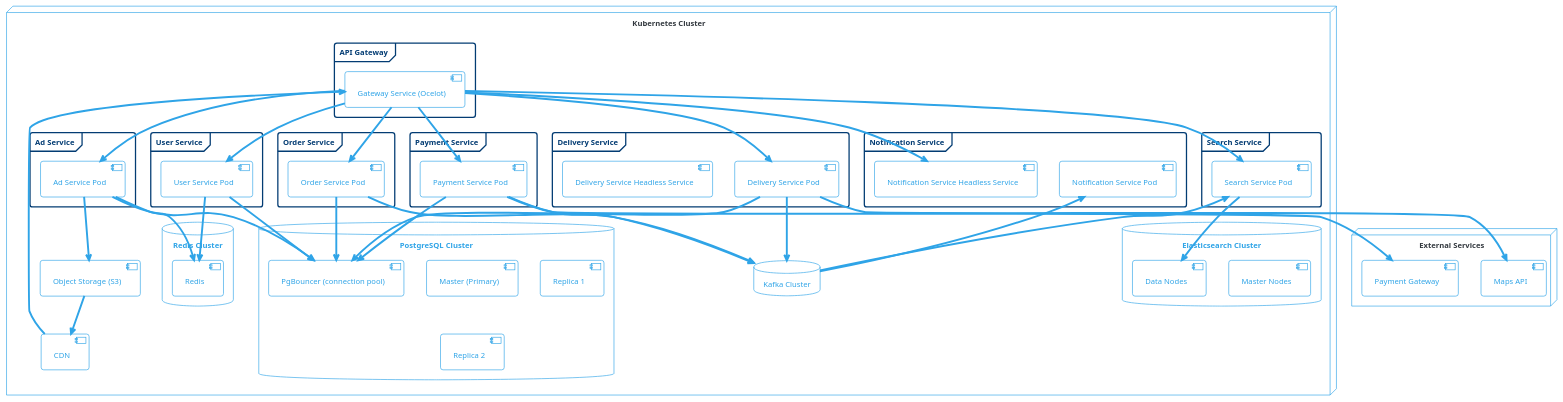
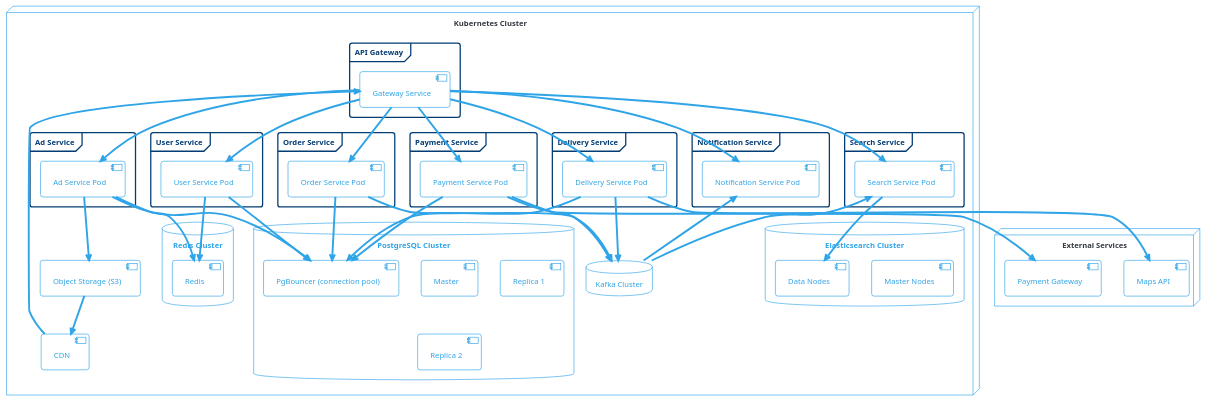
One commit to artstesh/Otus.SystemDesign changed the diagram in Schemes/kuber.puml. Above: the diagram before and after it, drawn with PlantUML.

Commit message:
Refine Kubernetes UML diagram: simplify service naming and adjust component connections

```diff
--- a/Schemes/kuber.puml
+++ b/Schemes/kuber.puml
@@ -1,100 +1,98 @@
 @startuml
 !theme cerulean-outline
 <style>
   document {
     BackGroundColor #fff
   }
 </style>
 node "Kubernetes Cluster" {
   frame "API Gateway" {
-    component "Gateway Service (Ocelot)" as gateway
+    component "Gateway Service" as gateway
   }
 
   frame "User Service" {
     component "User Service Pod" as user_pod
   }
 
   frame "Ad Service" {
     component "Ad Service Pod" as ad_pod
   }
 
   frame "Order Service" {
     component "Order Service Pod" as order_pod
   }
 
   frame "Payment Service" {
     component "Payment Service Pod" as payment_pod
   }
 
   frame "Delivery Service" {
     component "Delivery Service Pod" as delivery_pod
-    component "Delivery Service Headless Service" as delivery_svc
   }
 
   frame "Notification Service" {
     component "Notification Service Pod" as notif_pod
-    component "Notification Service Headless Service" as notif_svc
   }
 
   frame "Search Service" {
     component "Search Service Pod" as search_pod
   }
 
   database "PostgreSQL Cluster" {
-    component "Master (Primary)" as pg_master
+    component "Master" as pg_master
     component "Replica 1" as pg_replica1
     component "Replica 2" as pg_replica2
     component "PgBouncer (connection pool)" as pgbouncer
   }
 
   database "Elasticsearch Cluster" {
     component "Master Nodes" as es_master
     component "Data Nodes" as es_data
   }
 
   database "Redis Cluster" {
     component "Redis" as redis_master
   }
 
     database "Kafka Cluster" as kafka
 
   component "Object Storage (S3)" as s3
   component "CDN" as cdn
 }
 
 node "External Services" {
   component "Payment Gateway" as payext
   component "Maps API" as mapext
 }
 
 gateway --> user_pod
 gateway --> ad_pod
 gateway --> order_pod
 gateway --> payment_pod
 gateway --> delivery_pod
-gateway --> notif_svc
+gateway --> notif_pod
 gateway --> search_pod
 
 user_pod --> pgbouncer
 ad_pod --> pgbouncer
 order_pod --> pgbouncer
 payment_pod --> pgbouncer
 delivery_pod --> pgbouncer
 ad_pod --> redis_master
 user_pod --> redis_master
 search_pod --> es_data
 
 order_pod --> kafka
 payment_pod --> kafka
 delivery_pod --> kafka
 notif_pod <-- kafka
 search_pod <-- kafka
 
 ad_pod --> s3
 s3 --> cdn
 cdn --> gateway
 
 payment_pod --> payext
 delivery_pod --> mapext
 
 @enduml
```
